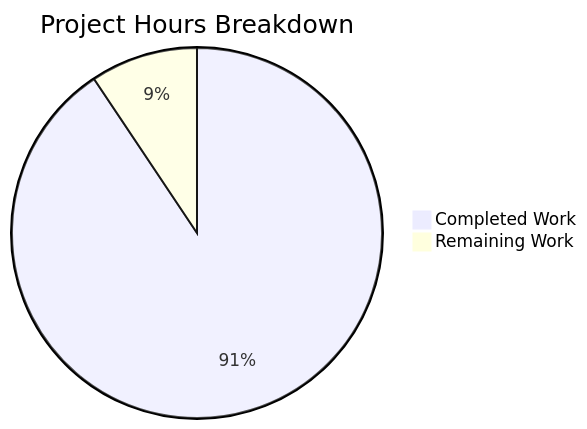
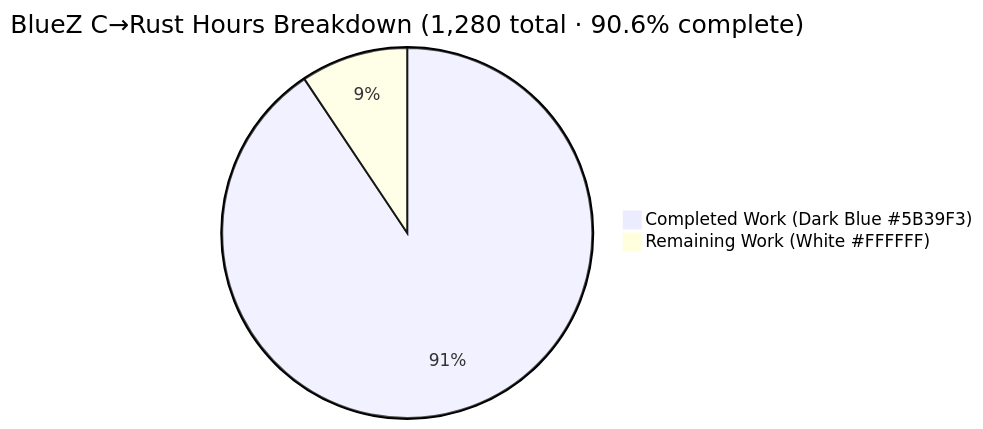
One commit to Blitzy-Sandbox/blitzy-bluez changed the second of 5 diagrams in blitzy/documentation/Project Guide.md. Above: the diagram before and after it, drawn with Mermaid. The commit also changed other lines of this file, not shown here.

Commit message:
Adding Blitzy Project Guide: Project Status and Human Tasks Remaining

````diff
--- a/blitzy/documentation/Project Guide.md
+++ b/blitzy/documentation/Project Guide.md
@@ -246,5 +265,5 @@
 ```mermaid
-pie title Project Hours Breakdown
-    "Completed Work" : 1160
-    "Remaining Work" : 120
+pie title BlueZ C→Rust Hours Breakdown (1,280 total · 90.6% complete)
+    "Completed Work (Dark Blue #5B39F3)" : 1160
+    "Remaining Work (White #FFFFFF)" : 120
 ```
````
